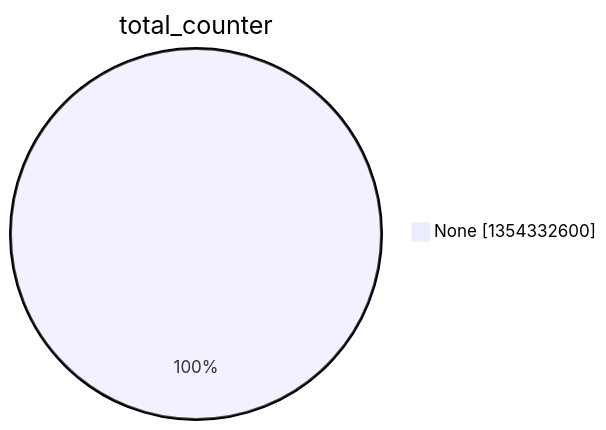
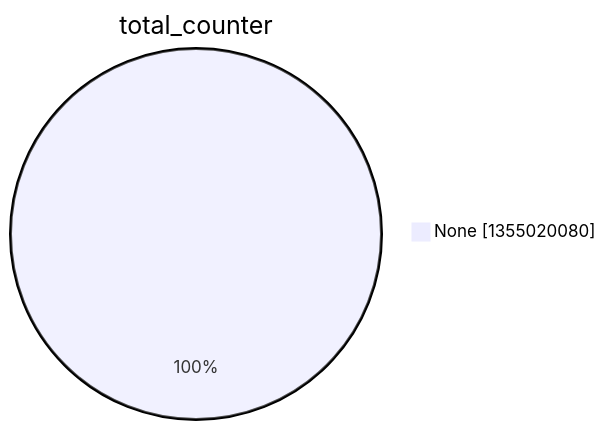
The second of 15 diagrams in argon2022/README.md (christiankrug/ctmonitor_visualization), drawn with Mermaid before and after one commit. The commit also changed other lines of this file, not shown here.

````diff
--- a/argon2022/README.md
+++ b/argon2022/README.md
@@ -9,5 +9,5 @@
 ```mermaid
 pie showData
 title total_counter
-"None" :1354332600
+"None" :1355020080
 ```
````
